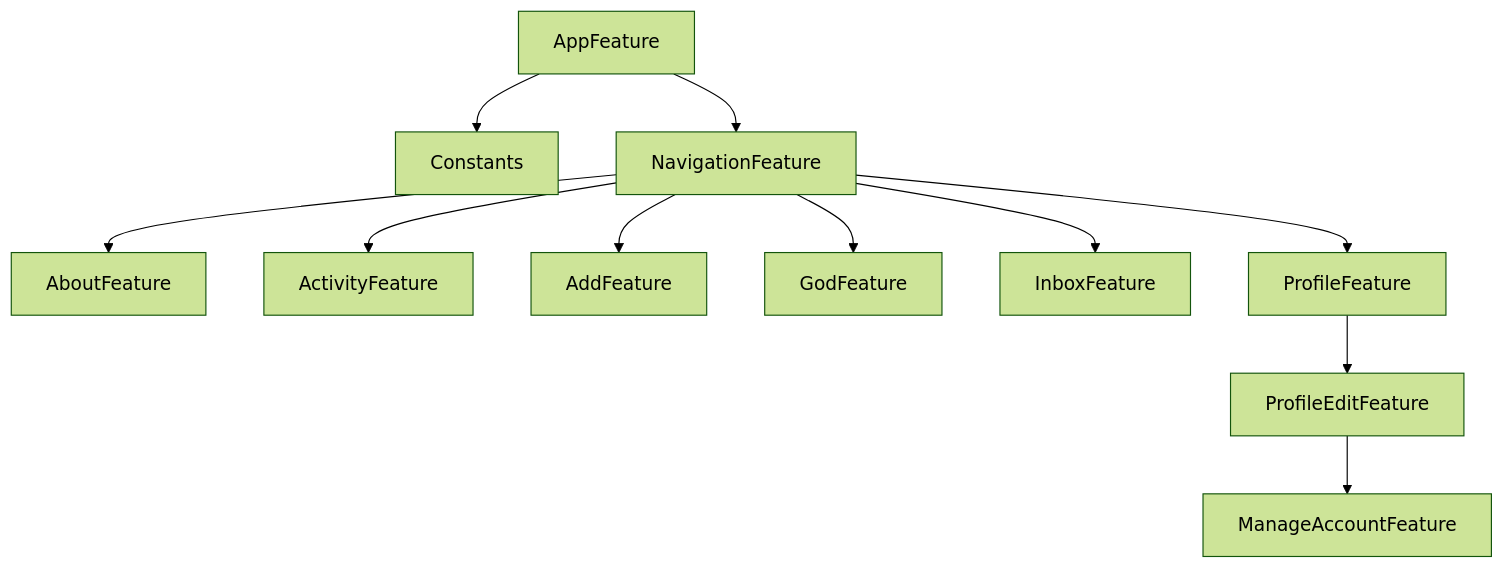
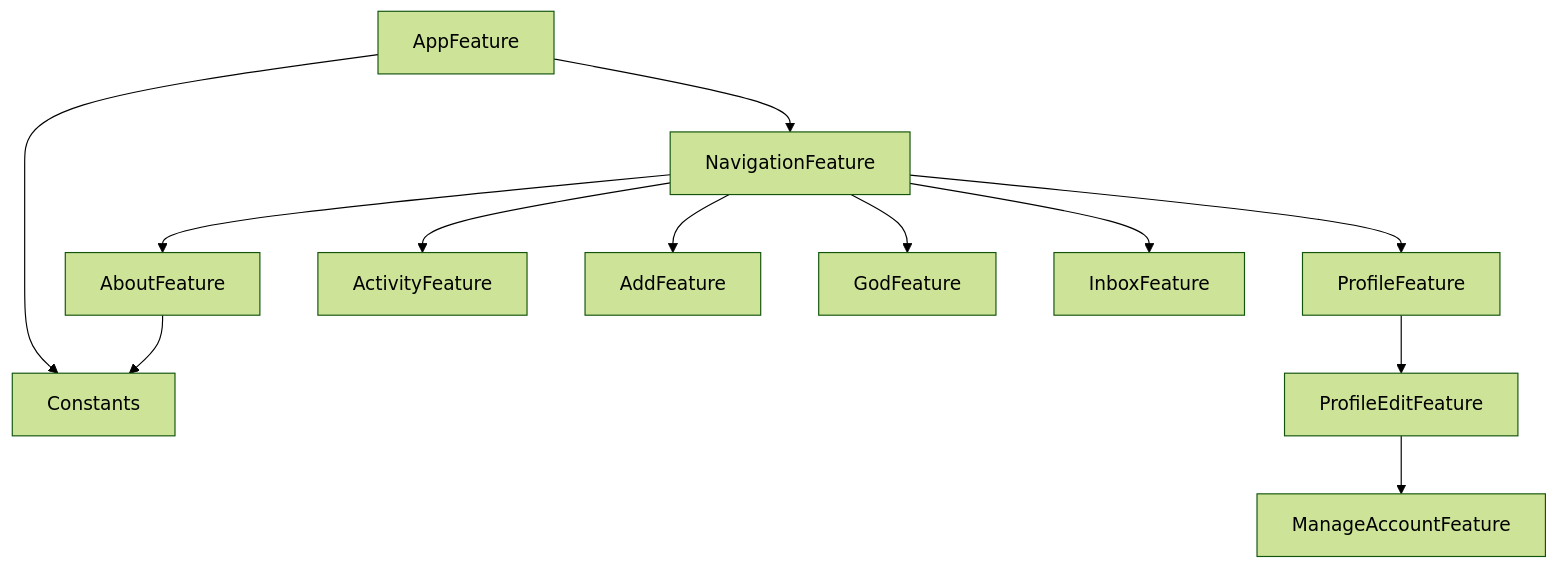
The diagram in Packages/GodPackage/README.md (0x1-company/god-ios), drawn with Mermaid (forest theme) before and after one commit.

Commit message:
Run dgraph

````diff
--- a/Packages/GodPackage/README.md
+++ b/Packages/GodPackage/README.md
@@ -6,13 +6,14 @@
 ```mermaid
 graph TD;
+    AboutFeature-->Constants;
     AppFeature-->Constants;
     AppFeature-->NavigationFeature;
     NavigationFeature-->AboutFeature;
     NavigationFeature-->ActivityFeature;
     NavigationFeature-->AddFeature;
     NavigationFeature-->GodFeature;
     NavigationFeature-->InboxFeature;
     NavigationFeature-->ProfileFeature;
     ProfileEditFeature-->ManageAccountFeature;
     ProfileFeature-->ProfileEditFeature;
 ```
````
